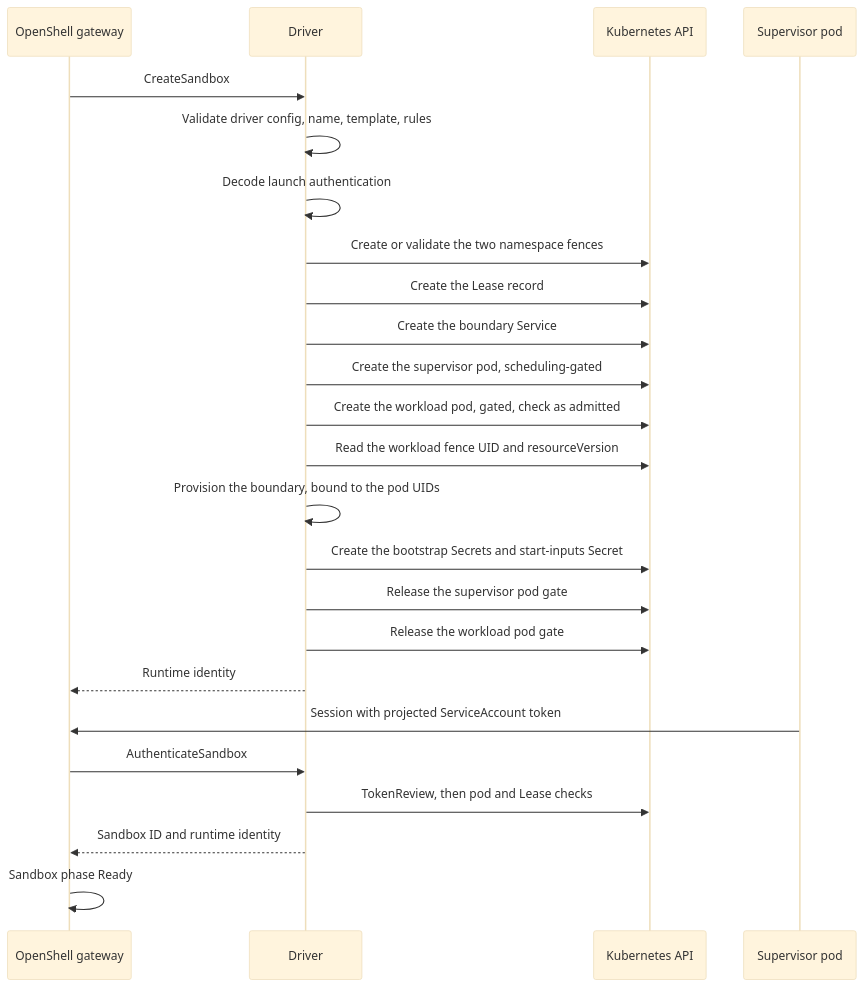
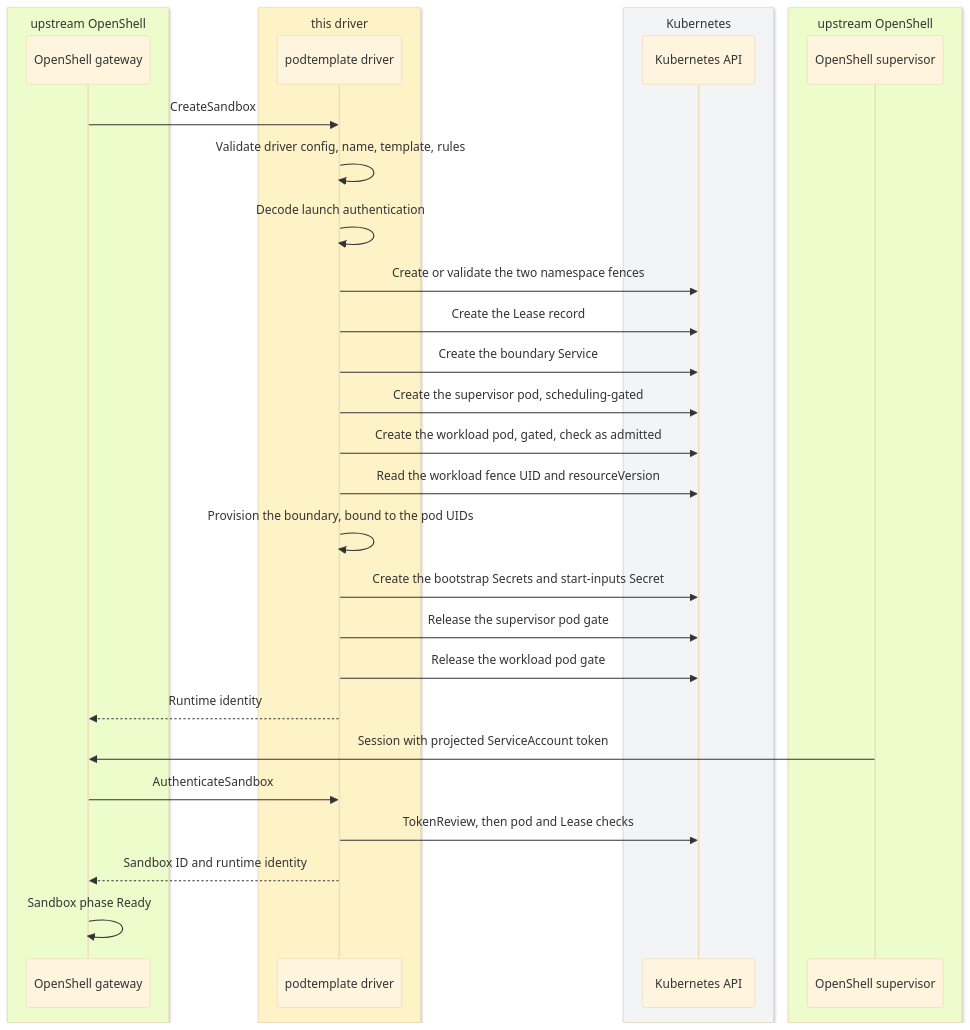
Before and after one commit to joshsymonds/openshell-driver-podtemplate: the second of 3 diagrams in ARCHITECTURE.md, drawn with Mermaid (base theme). The commit also changed other lines of this file and 1 other file, not shown here.

First line of the commit message:
Redraw the architecture diagrams by ownership

````diff
--- a/ARCHITECTURE.md
+++ b/ARCHITECTURE.md
@@ -69,26 +88,34 @@
 ```mermaid
 sequenceDiagram
-    participant GW as OpenShell gateway
-    participant DR as Driver
-    participant K8S as Kubernetes API
-    participant SUP as Supervisor pod
+    box rgb(236,252,203) upstream OpenShell
+        participant GW as OpenShell gateway
+    end
+    box rgb(254,243,199) this driver
+        participant DR as podtemplate driver
+    end
+    box rgb(243,244,246) Kubernetes
+        participant K8S as Kubernetes API
+    end
+    box rgb(236,252,203) upstream OpenShell
+        participant SUP as OpenShell supervisor
+    end
     GW->>DR: CreateSandbox
     DR->>DR: Validate driver config, name, template, rules
     DR->>DR: Decode launch authentication
     DR->>K8S: Create or validate the two namespace fences
     DR->>K8S: Create the Lease record
     DR->>K8S: Create the boundary Service
     DR->>K8S: Create the supervisor pod, scheduling-gated
     DR->>K8S: Create the workload pod, gated, check as admitted
     DR->>K8S: Read the workload fence UID and resourceVersion
     DR->>DR: Provision the boundary, bound to the pod UIDs
     DR->>K8S: Create the bootstrap Secrets and start-inputs Secret
     DR->>K8S: Release the supervisor pod gate
     DR->>K8S: Release the workload pod gate
     DR-->>GW: Runtime identity
     SUP->>GW: Session with projected ServiceAccount token
     GW->>DR: AuthenticateSandbox
     DR->>K8S: TokenReview, then pod and Lease checks
     DR-->>GW: Sandbox ID and runtime identity
     GW->>GW: Sandbox phase Ready
 ```
````
